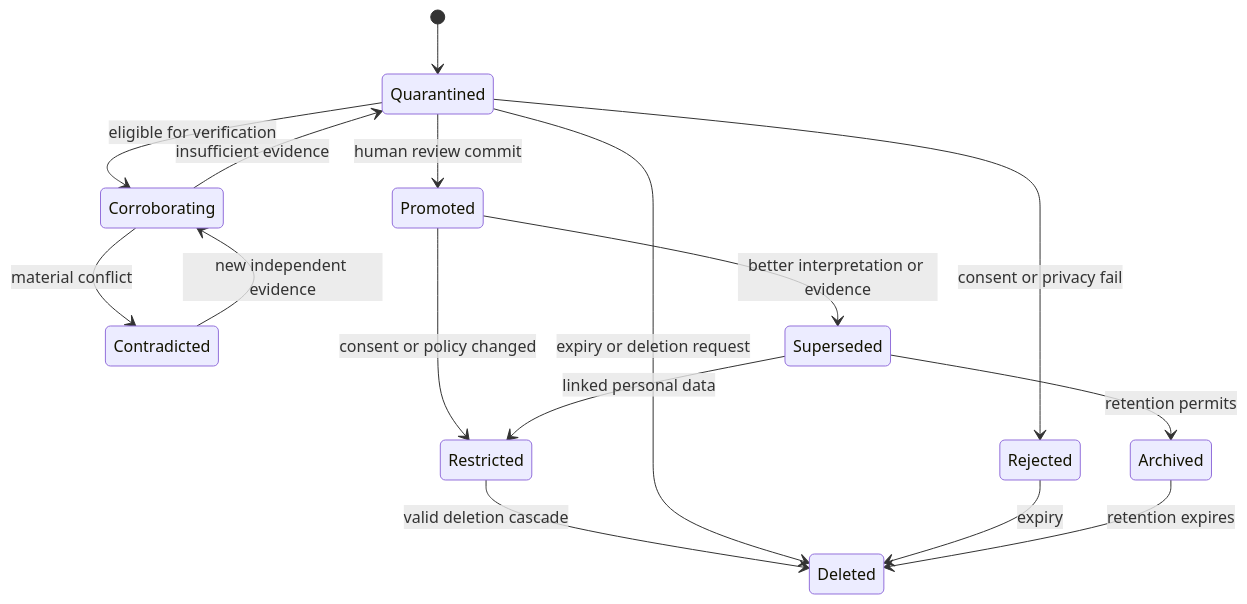
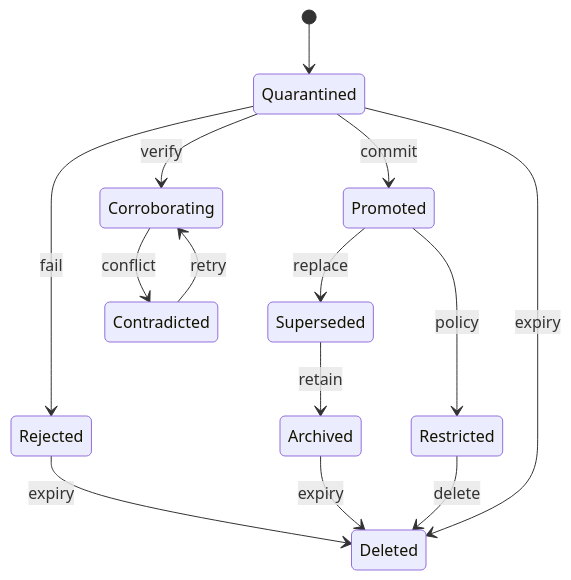
Before and after one commit to Azhonaras/soul-engine: the third of 8 diagrams in docs/ARCHITECTURE.md, drawn with Mermaid. The commit also changed other lines of this file and 4 other files, not shown here.

First line of the commit message:
docs: stop Mermaid labels from overlapping on GitHub.

````diff
--- a/docs/ARCHITECTURE.md
+++ b/docs/ARCHITECTURE.md
@@ -153,18 +126,16 @@
 ```mermaid
 stateDiagram-v2
     [*] --> Quarantined
-    Quarantined --> Rejected: consent or privacy fail
-    Quarantined --> Corroborating: eligible for verification
-    Corroborating --> Quarantined: insufficient evidence
-    Corroborating --> Contradicted: material conflict
-    Contradicted --> Corroborating: new independent evidence
-    Quarantined --> Promoted: human review commit
-    Promoted --> Superseded: better interpretation or evidence
-    Promoted --> Restricted: consent or policy changed
-    Restricted --> Deleted: valid deletion cascade
-    Quarantined --> Deleted: expiry or deletion request
+    Quarantined --> Rejected: fail
+    Quarantined --> Corroborating: verify
+    Corroborating --> Contradicted: conflict
+    Contradicted --> Corroborating: retry
+    Quarantined --> Promoted: commit
+    Promoted --> Superseded: replace
+    Promoted --> Restricted: policy
+    Restricted --> Deleted: delete
+    Quarantined --> Deleted: expiry
     Rejected --> Deleted: expiry
-    Superseded --> Restricted: linked personal data
-    Superseded --> Archived: retention permits
-    Archived --> Deleted: retention expires
+    Superseded --> Archived: retain
+    Archived --> Deleted: expiry
 ```
````
